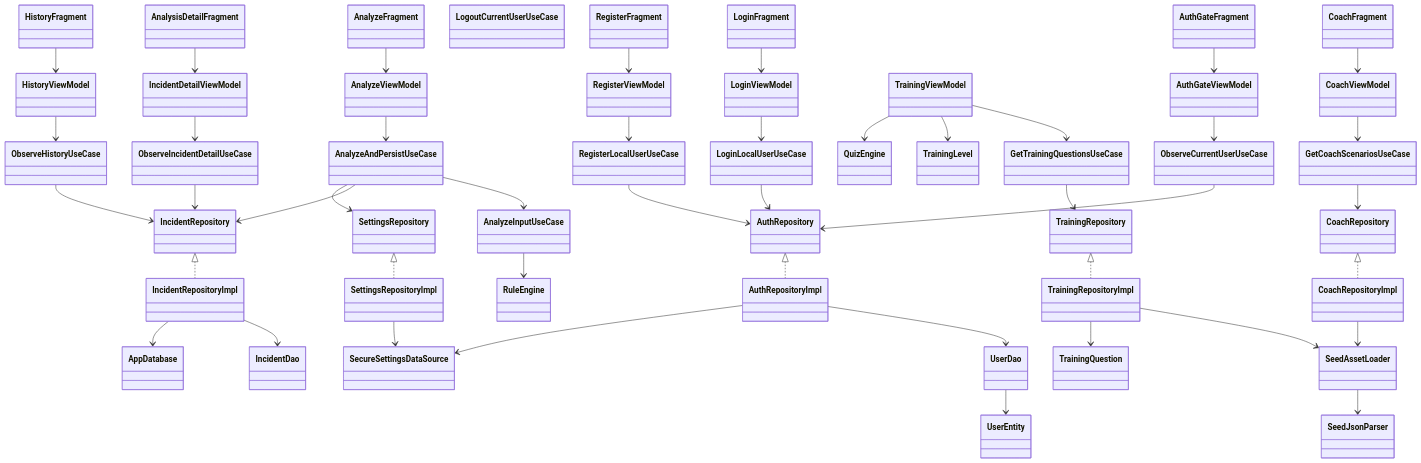
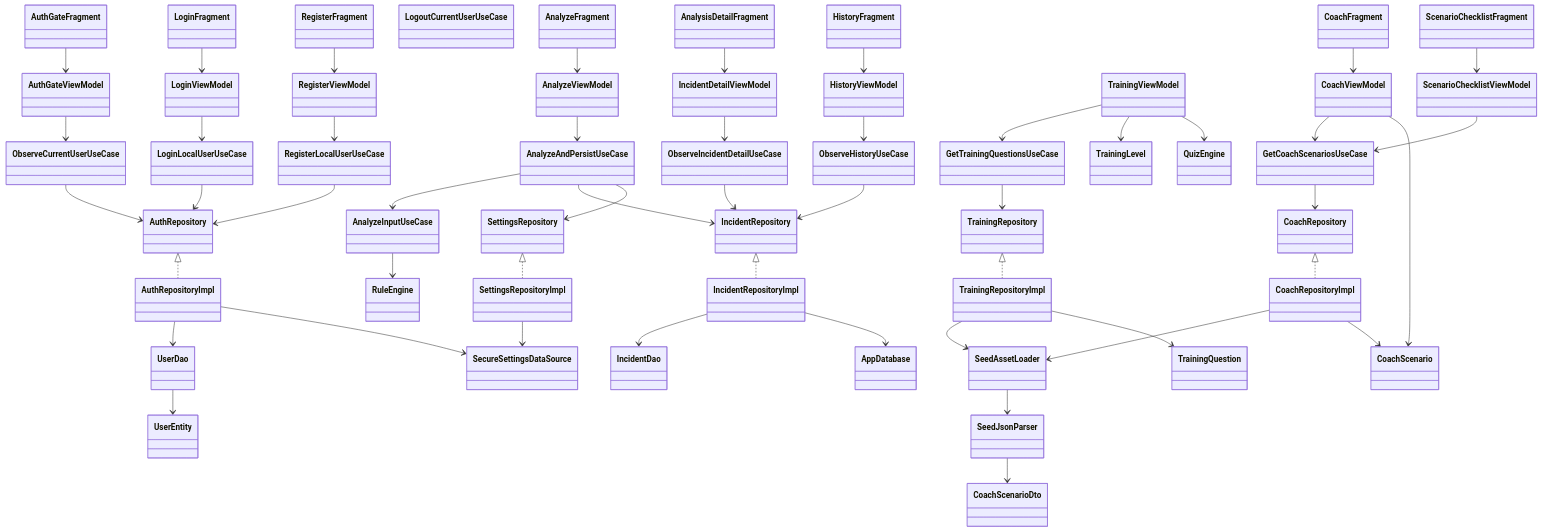
The diagram in docs/Diagrama_Clases.md (estefaniajm94/Proyecto-final), drawn with Mermaid before and after one commit. The commit also changed 21 other files, not shown here.

Commit message:
Improve scenario guide flow and sync docs

```diff
--- a/docs/Diagrama_Clases.md
+++ b/docs/Diagrama_Clases.md
@@ -31,11 +31,15 @@
     class SecureSettingsDataSource
     class CoachFragment
     class CoachViewModel
+    class CoachScenario
+    class CoachScenarioDto
     class GetCoachScenariosUseCase
     class CoachRepository
     class CoachRepositoryImpl
     class SeedAssetLoader
     class SeedJsonParser
+    class ScenarioChecklistFragment
+    class ScenarioChecklistViewModel
     class TrainingViewModel
     class GetTrainingQuestionsUseCase
     class TrainingRepository
@@ -78,10 +82,15 @@
 
     CoachFragment --> CoachViewModel
     CoachViewModel --> GetCoachScenariosUseCase
+    CoachViewModel --> CoachScenario
     GetCoachScenariosUseCase --> CoachRepository
     CoachRepository <|.. CoachRepositoryImpl
     CoachRepositoryImpl --> SeedAssetLoader
     SeedAssetLoader --> SeedJsonParser
+    SeedJsonParser --> CoachScenarioDto
+    CoachRepositoryImpl --> CoachScenario
+    ScenarioChecklistFragment --> ScenarioChecklistViewModel
+    ScenarioChecklistViewModel --> GetCoachScenariosUseCase
 
     TrainingViewModel --> GetTrainingQuestionsUseCase
     GetTrainingQuestionsUseCase --> TrainingRepository
```
